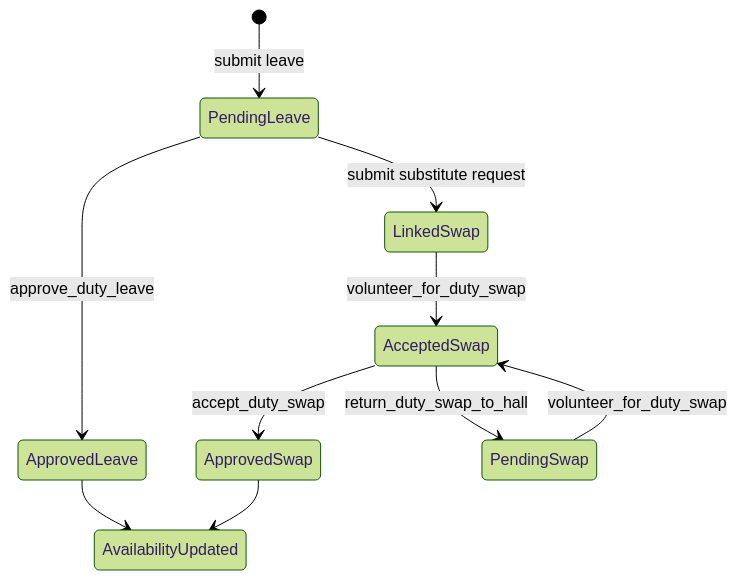
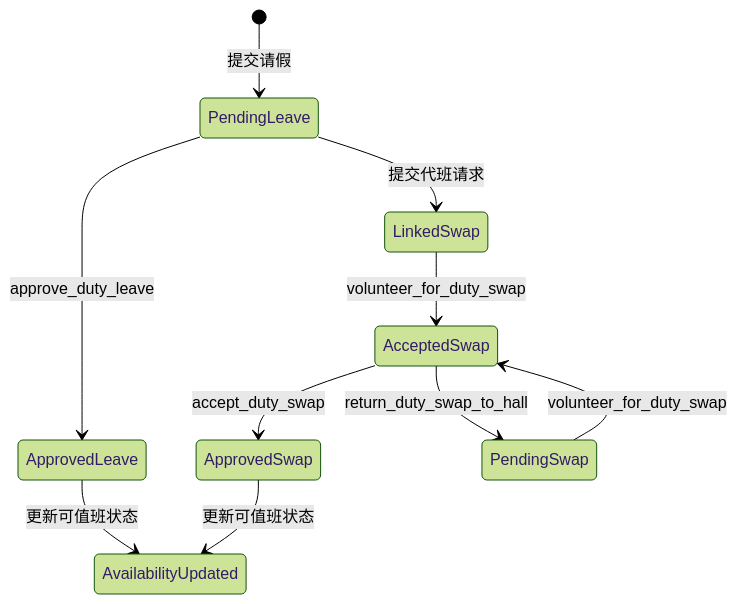
Before and after one commit to hainoir/club-platform: the third of 3 diagrams in docs/architecture.md, drawn with Mermaid (forest theme). The commit also changed other lines of this file and 48 other files, not shown here.

````diff
--- a/docs/architecture.md
+++ b/docs/architecture.md
@@ -42,12 +42,12 @@
 ```mermaid
 stateDiagram-v2
-    [*] --> PendingLeave: submit leave
+    [*] --> PendingLeave: 提交请假
     PendingLeave --> ApprovedLeave: approve_duty_leave
-    PendingLeave --> LinkedSwap: submit substitute request
+    PendingLeave --> LinkedSwap: 提交代班请求
     LinkedSwap --> AcceptedSwap: volunteer_for_duty_swap
     AcceptedSwap --> ApprovedSwap: accept_duty_swap
     AcceptedSwap --> PendingSwap: return_duty_swap_to_hall
     PendingSwap --> AcceptedSwap: volunteer_for_duty_swap
-    ApprovedLeave --> AvailabilityUpdated
-    ApprovedSwap --> AvailabilityUpdated
+    ApprovedLeave --> AvailabilityUpdated: 更新可值班状态
+    ApprovedSwap --> AvailabilityUpdated: 更新可值班状态
 ```
````
